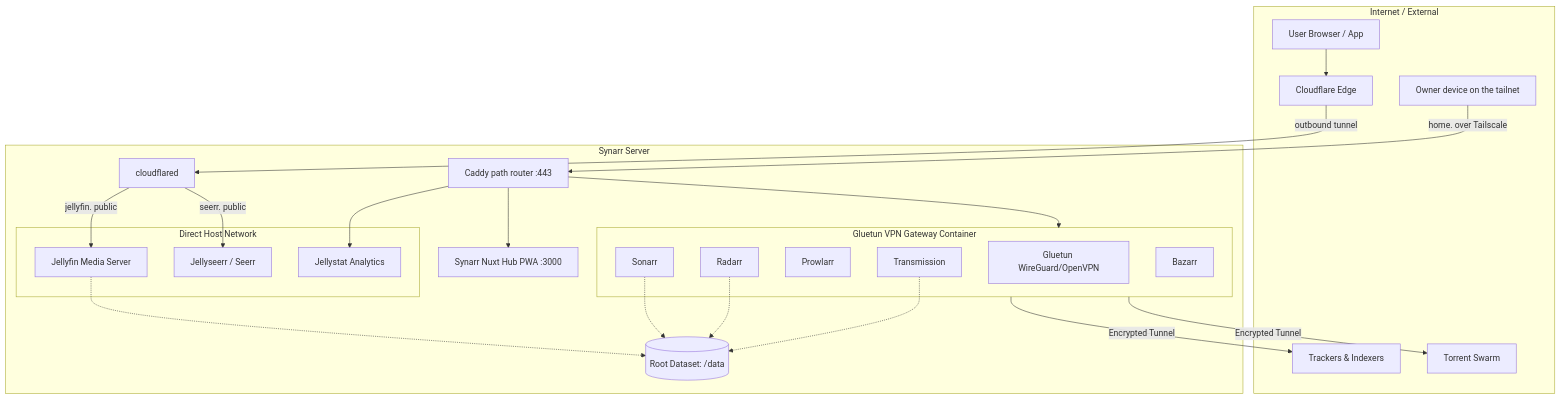
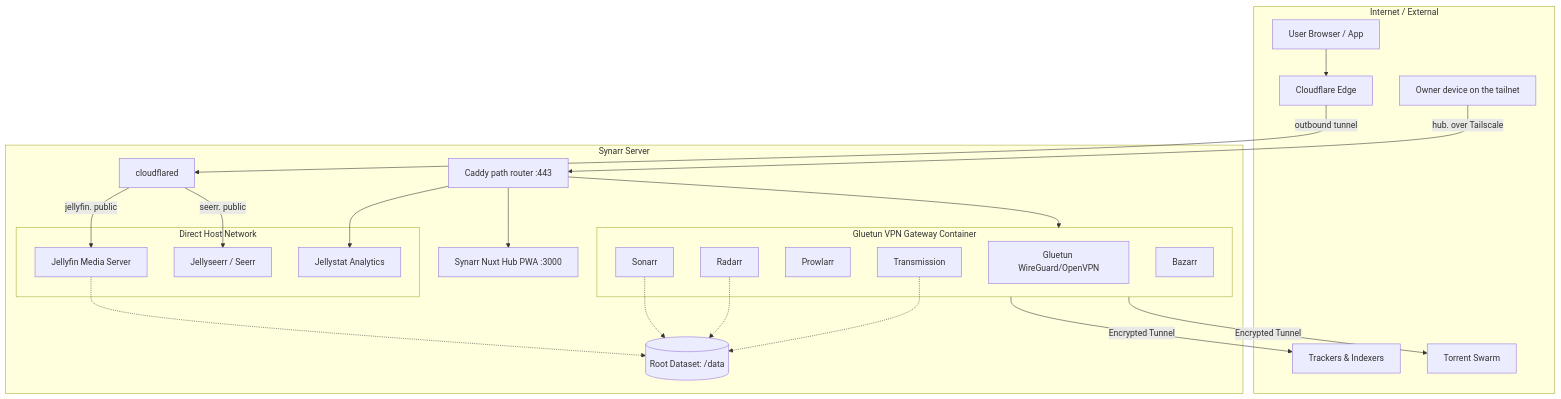
One commit to tristanschwenk/synarr changed the diagram in README.md. Above: the diagram before and after it, drawn with Mermaid. The commit also changed other lines of this file and 5 other files, not shown here.

````diff
--- a/README.md
+++ b/README.md
@@ -23,50 +23,50 @@
 ```mermaid
 flowchart TB
     subgraph WAN [Internet / External]
         Client[User Browser / App]
         Owner[Owner device on the tailnet]
         CF[Cloudflare Edge]
         Trackers[Trackers & Indexers]
         Peers[Torrent Swarm]
     end
 
     subgraph SynarrHost [Synarr Server]
         Tunnel[cloudflared]
         Proxy[Caddy path router :443]
         Hub[Synarr Nuxt Hub PWA :3000]
 
         subgraph VPNSidecar [Gluetun VPN Gateway Container]
             VPN[Gluetun WireGuard/OpenVPN]
             Transmission[Transmission]
             Prowlarr[Prowlarr]
             Radarr[Radarr]
             Sonarr[Sonarr]
             Bazarr[Bazarr]
         end
 
         subgraph LocalNetwork [Direct Host Network]
             Jellyfin[Jellyfin Media Server]
             Seerr[Jellyseerr / Seerr]
             Jellystat[Jellystat Analytics]
         end
 
         Storage[(Root Dataset: /data)]
     end
 
     Client --> CF
     CF -->|outbound tunnel| Tunnel
     Tunnel -->|jellyfin. public| Jellyfin
     Tunnel -->|seerr. public| Seerr
-    Owner -->|home. over Tailscale| Proxy
+    Owner -->|hub. over Tailscale| Proxy
     Proxy --> Hub
     Proxy --> VPNSidecar
     Proxy --> Jellystat
 
     Transmission -.-> Storage
     Radarr -.-> Storage
     Sonarr -.-> Storage
     Jellyfin -.-> Storage
 
     VPNSidecar -->|Encrypted Tunnel| Trackers
     VPNSidecar -->|Encrypted Tunnel| Peers
 ```
````
